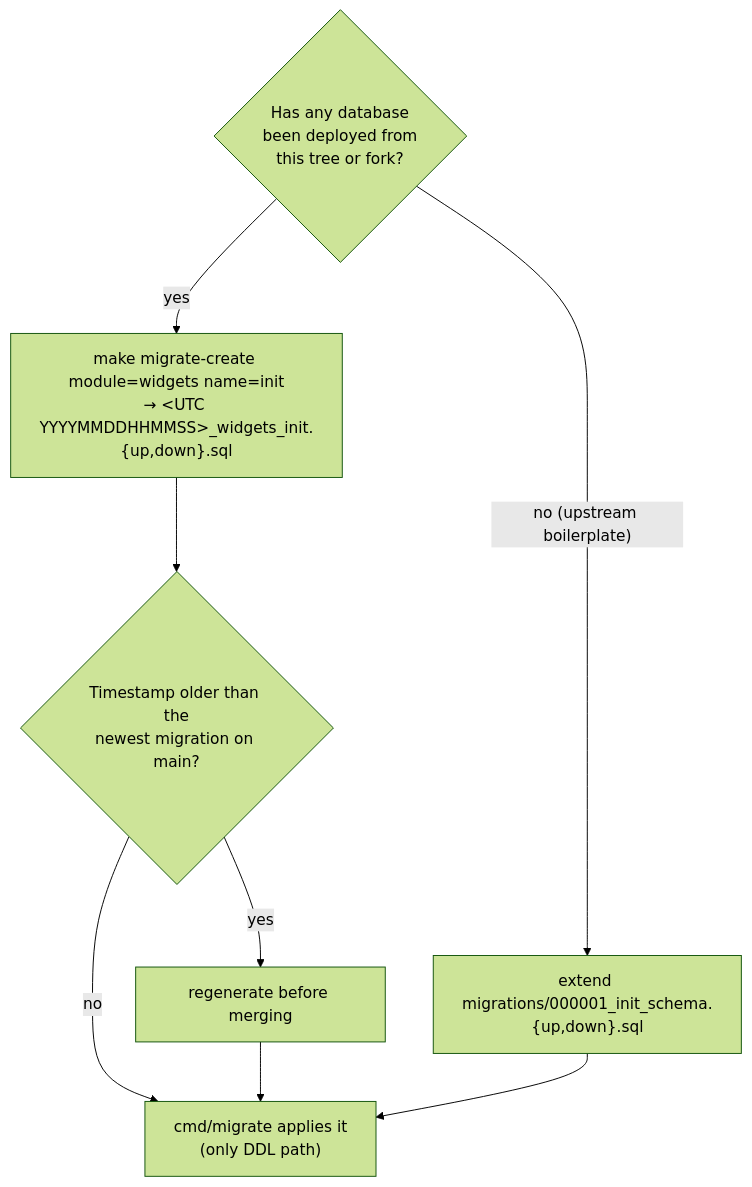
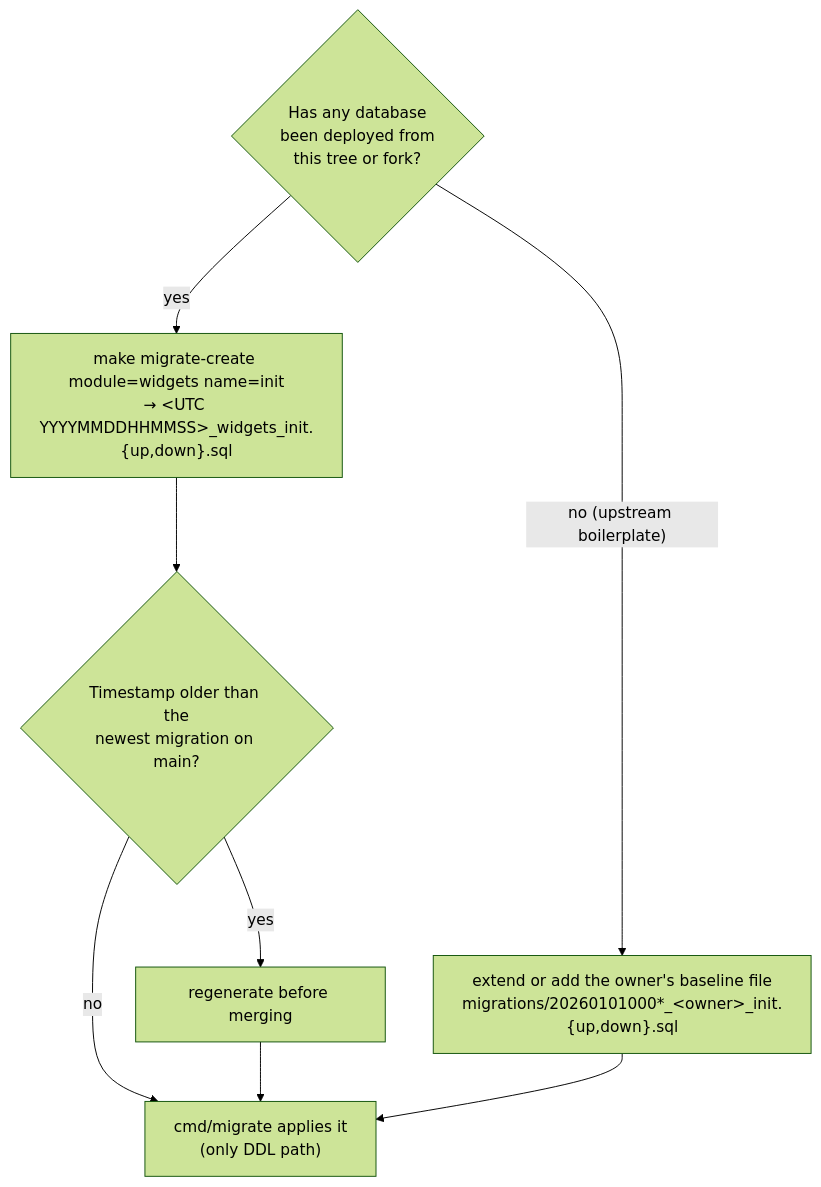
One commit to chuanghiduoc/fiber-golang-boilerplate changed the fourth of 6 diagrams in docs/module-template.md. Above: the diagram before and after it, drawn with Mermaid (forest theme). The commit also changed other lines of this file and 71 other files, not shown here.

````diff
--- a/docs/module-template.md
+++ b/docs/module-template.md
@@ -545,11 +545,11 @@
 ```mermaid
 flowchart TD
     A{Has any database<br/>been deployed from<br/>this tree or fork?}
-    A -- "no (upstream boilerplate)" --> B["extend migrations/000001_init_schema.{up,down}.sql"]
+    A -- "no (upstream boilerplate)" --> B["extend or add the owner's baseline file<br/>migrations/20260101000*_&lt;owner&gt;_init.{up,down}.sql"]
     A -- yes --> C["make migrate-create module=widgets name=init<br/>→ &lt;UTC YYYYMMDDHHMMSS&gt;_widgets_init.{up,down}.sql"]
     C --> D{Timestamp older than the<br/>newest migration on main?}
     D -- yes --> E[regenerate before merging]
     D -- no --> F["cmd/migrate applies it<br/>(only DDL path)"]
     E --> F
     B --> F
 ```
````
